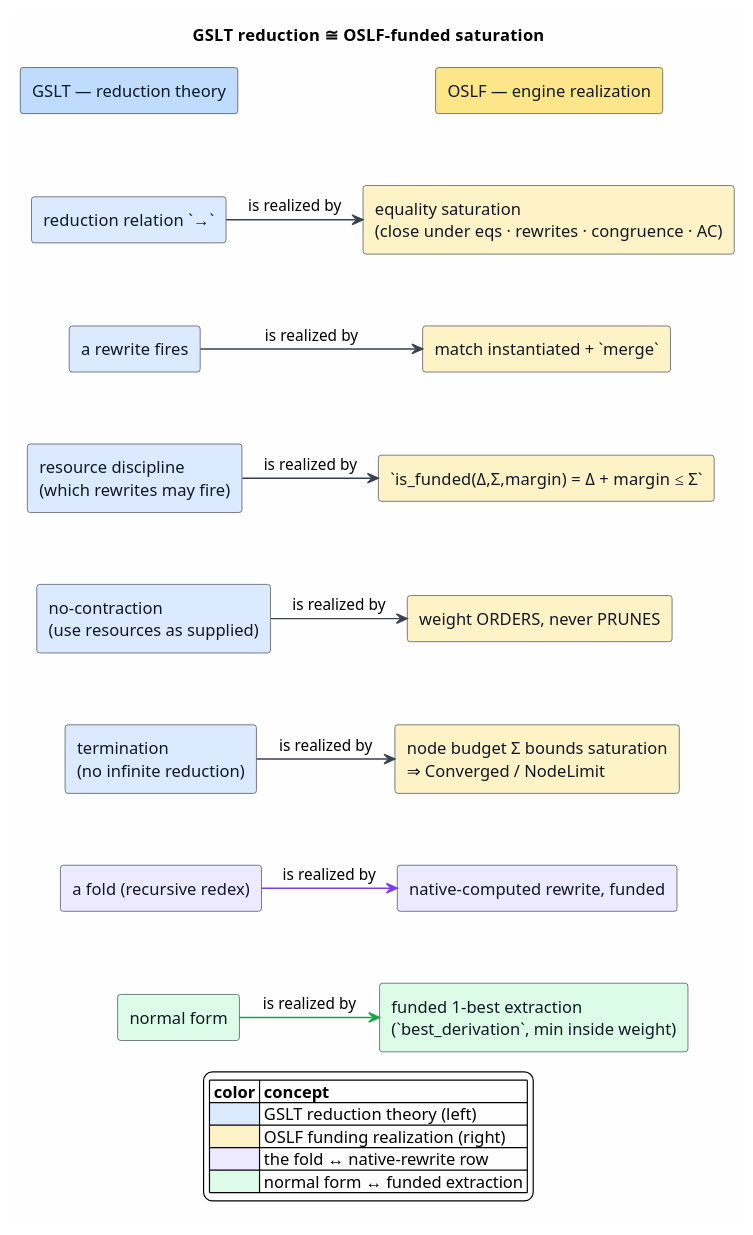
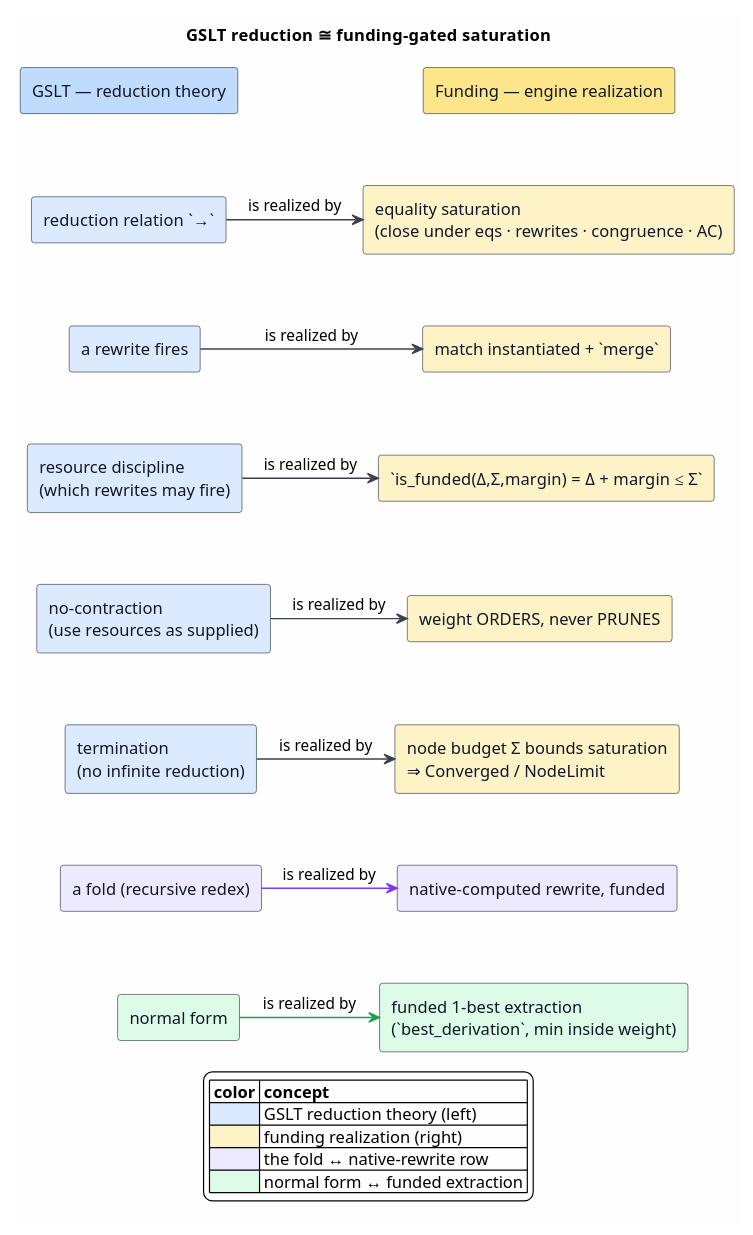
One commit to F1R3FLY-io/mettail-rust changed the diagram in docs/design/dovetail-engine/figures/12-gslt-oslf-correspondence.puml. Above: the diagram before and after it, drawn with PlantUML. The commit also changed other lines of this file and 90 other files, not shown here.

```diff
--- a/docs/design/dovetail-engine/figures/12-gslt-oslf-correspondence.puml
+++ b/docs/design/dovetail-engine/figures/12-gslt-oslf-correspondence.puml
@@ -3,62 +3,62 @@
 @startuml
-title GSLT reduction  ≅  OSLF-funded saturation
+title GSLT reduction  ≅  funding-gated saturation
 
 skinparam backgroundColor #FEFEFE
 skinparam shadowing false
 skinparam ArrowColor #374151
 skinparam ArrowThickness 1.2
 skinparam rectangle {
   BorderColor #1F2937
   FontColor #111827
 }
 
 rectangle "GSLT — reduction theory" as GH #BFDBFE
-rectangle "OSLF — engine realization" as OH #FDE68A
+rectangle "Funding — engine realization" as OH #FDE68A
 
 rectangle "reduction relation  `→`" as L1 #DBEAFE
 rectangle "equality saturation\n(close under eqs · rewrites · congruence · AC)" as R1 #FEF3C7
 rectangle "a rewrite fires" as L2 #DBEAFE
 rectangle "match instantiated + `merge`" as R2 #FEF3C7
 rectangle "resource discipline\n(which rewrites may fire)" as L3 #DBEAFE
 rectangle "`is_funded(Δ,Σ,margin) = Δ + margin ≤ Σ`" as R3 #FEF3C7
 rectangle "no-contraction\n(use resources as supplied)" as L4 #DBEAFE
 rectangle "weight ORDERS, never PRUNES" as R4 #FEF3C7
 rectangle "termination\n(no infinite reduction)" as L5 #DBEAFE
 rectangle "node budget Σ bounds saturation\n⇒ Converged / NodeLimit" as R5 #FEF3C7
 rectangle "a fold (recursive redex)" as L6 #EDE9FE
 rectangle "native-computed rewrite, funded" as R6 #EDE9FE
 rectangle "normal form" as L7 #DCFCE7
 rectangle "funded 1-best extraction\n(`best_derivation`, min inside weight)" as R7 #DCFCE7
 
 GH -[hidden]down- L1
 OH -[hidden]down- R1
 
 L1 -[#374151]right-> R1 : is realized by
 L2 -[#374151]right-> R2 : is realized by
 L3 -[#374151]right-> R3 : is realized by
 L4 -[#374151]right-> R4 : is realized by
 L5 -[#374151]right-> R5 : is realized by
 L6 -[#7C3AED]right-> R6 : is realized by
 L7 -[#16A34A]right-> R7 : is realized by
 
 L1 -[hidden]down- L2
 L2 -[hidden]down- L3
 L3 -[hidden]down- L4
 L4 -[hidden]down- L5
 L5 -[hidden]down- L6
 L6 -[hidden]down- L7
 R1 -[hidden]down- R2
 R2 -[hidden]down- R3
 R3 -[hidden]down- R4
 R4 -[hidden]down- R5
 R5 -[hidden]down- R6
 R6 -[hidden]down- R7
 
 legend bottom
   |= color |= concept |
   |<#DBEAFE>| GSLT reduction theory (left) |
-  |<#FEF3C7>| OSLF funding realization (right) |
+  |<#FEF3C7>| funding realization (right) |
   |<#EDE9FE>| the fold ↔ native-rewrite row |
   |<#DCFCE7>| normal form ↔ funded extraction |
 endlegend
 @enduml
```
